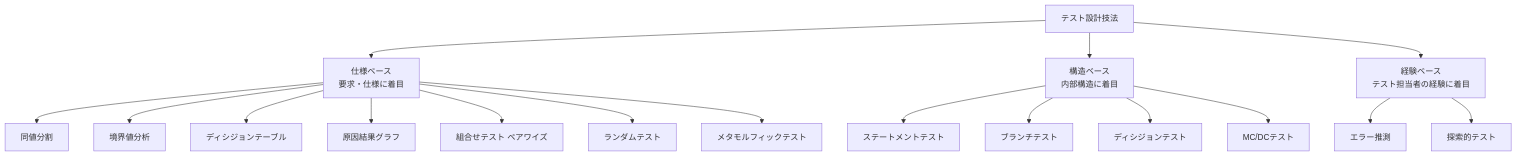
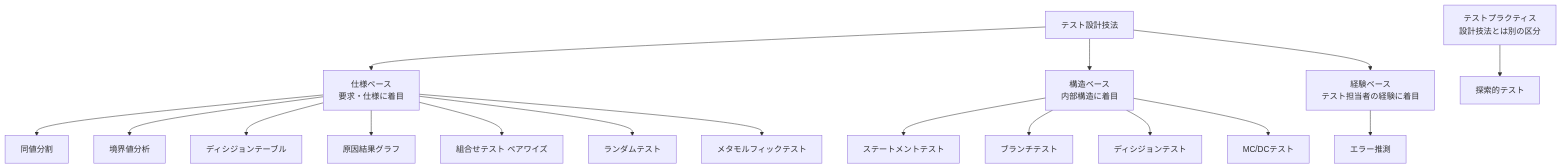
One commit to myoshi2891/Quality-Assurance-Studies changed diagram 12 of 19 in Iso-29119-1-2022-guide.md. Above: the diagram before and after it, drawn with Mermaid. The commit also changed other lines of this file and 2 other files, not shown here.

````diff
--- a/Iso-29119-1-2022-guide.md
+++ b/Iso-29119-1-2022-guide.md
@@ -535,19 +535,19 @@
 ```mermaid
 flowchart TD
     TD["テスト設計技法"] --> SP["仕様ベース<br/>要求・仕様に着目"]
     TD --> ST["構造ベース<br/>内部構造に着目"]
     TD --> EB["経験ベース<br/>テスト担当者の経験に着目"]
     SP --> SP1["同値分割"]
     SP --> SP2["境界値分析"]
     SP --> SP3["ディシジョンテーブル"]
     SP --> SP4["原因結果グラフ"]
     SP --> SP5["組合せテスト ペアワイズ"]
     SP --> SP6["ランダムテスト"]
     SP --> SP7["メタモルフィックテスト"]
     ST --> ST1["ステートメントテスト"]
     ST --> ST2["ブランチテスト"]
     ST --> ST3["ディシジョンテスト"]
     ST --> ST4["MC/DCテスト"]
     EB --> EB1["エラー推測"]
-    EB --> EB2["探索的テスト"]
+    TP["テストプラクティス<br/>設計技法とは別の区分"] --> TP1["探索的テスト"]
 ```
````
